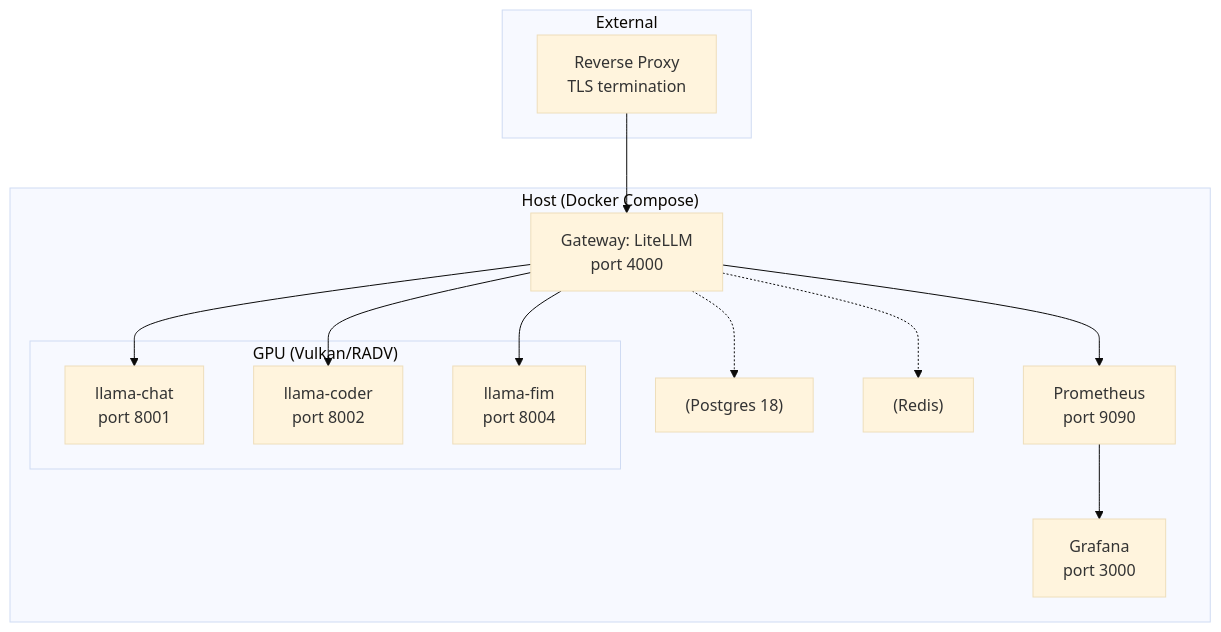
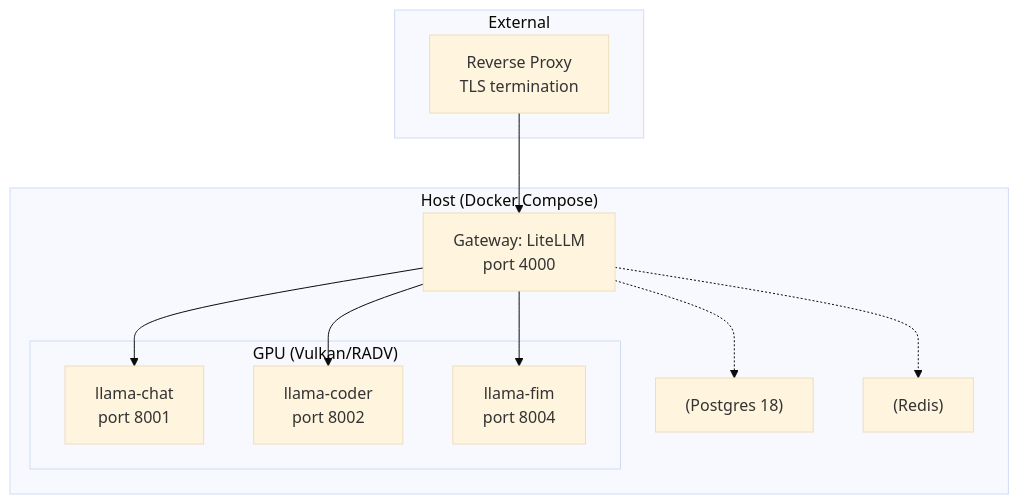
Before and after one commit to hgnnmnn/ai-stack: the diagram in README.md, drawn with Mermaid (base theme). The commit also changed other lines of this file and 24 other files, not shown here.

````diff
--- a/README.md
+++ b/README.md
@@ -30,32 +29,28 @@
 ```mermaid
 graph TD
     subgraph "External"
         RP["Reverse Proxy\nTLS termination"]
     end
 
     subgraph "Host (Docker Compose)"
         GW["Gateway: LiteLLM\nport 4000"]
         PG["(Postgres 18)"]
         RD["(Redis)"]
         L1["llama-chat\nport 8001"]
         L2["llama-coder\nport 8002"]
         L3["llama-fim\nport 8004"]
-        PM["Prometheus\nport 9090"]
-        GF["Grafana\nport 3000"]
 
         subgraph "GPU (Vulkan/RADV)"
             L1
             L2
             L3
         end
     end
 
     RP --> GW
     GW --> L1
     GW --> L2
     GW --> L3
     GW -.-> PG
     GW -.-> RD
-    GW --> PM
-    PM --> GF
 ```
````
